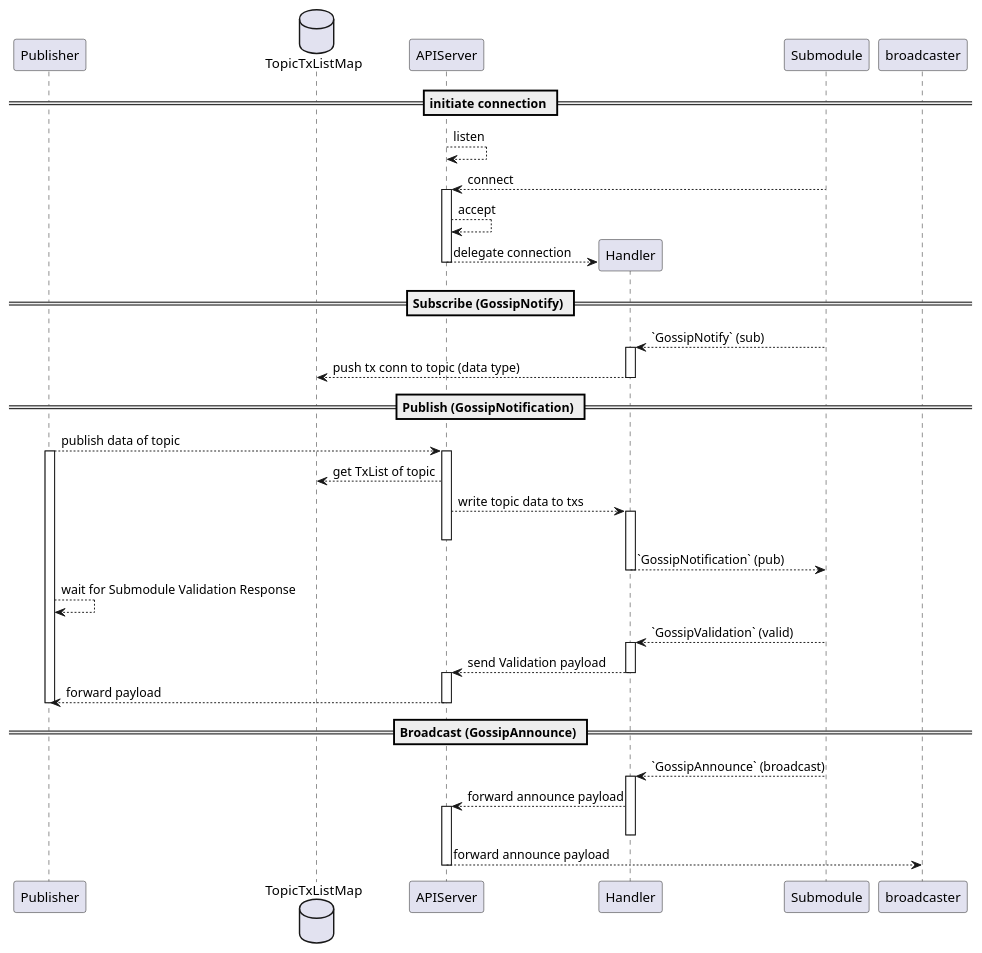
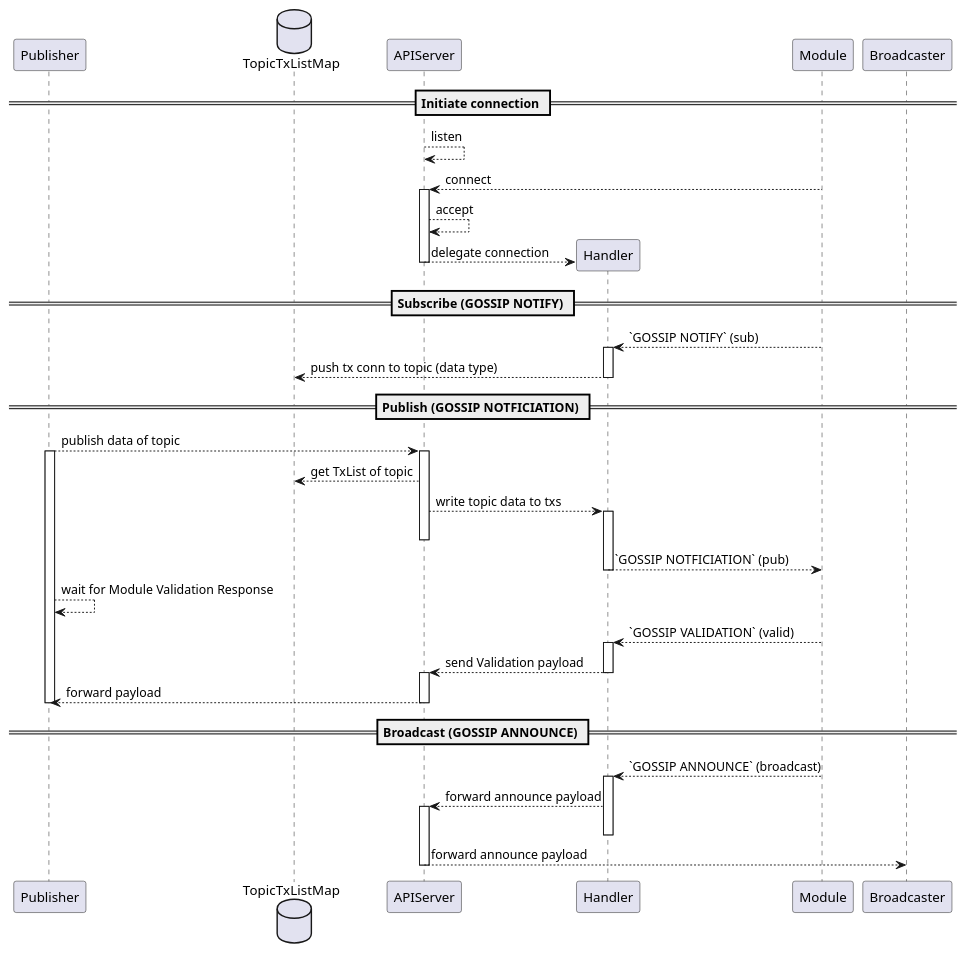
Before and after one commit to enterJazz/Gossip: the second of 2 diagrams in docs/architecture.md, drawn with PlantUML. The commit also changed other lines of this file, not shown here.

Commit message:
docs: update architecture

````diff
--- a/docs/architecture.md
+++ b/docs/architecture.md
@@ -72,56 +75,56 @@
 ```plantuml
 @startuml
 ' participants
 '' datatype : [Conn]
 participant Publisher as pub
 database TopicTxListMap as kv
 participant APIServer as api
 participant Handler as handler
-participant Submodule as sub
+participant Module as mod
 
 ' interactions (chronological)
-== initiate connection ==
+== Initiate connection ==
 api --> api: listen
-sub --> api: connect
+mod --> api: connect
 activate api
 api --> api: accept
 api --> handler **: delegate connection
 deactivate api
 
-== Subscribe (GossipNotify) ==
-sub --> handler: `GossipNotify` (sub)
+== Subscribe (GOSSIP NOTIFY) ==
+mod --> handler: `GOSSIP NOTIFY` (sub)
 activate handler
 handler --> kv: push tx conn to topic (data type)
 deactivate handler
 
-== Publish (GossipNotification) ==
+== Publish (GOSSIP NOTFICIATION) ==
 pub --> api: publish data of topic
 activate pub
 activate api
 api --> kv: get TxList of topic
 api --> handler: write topic data to txs
 activate handler
 deactivate api
-handler --> sub: `GossipNotification` (pub)
+handler --> mod: `GOSSIP NOTFICIATION` (pub)
 deactivate handler
-pub --> pub: wait for Submodule Validation Response
-sub --> handler: `GossipValidation` (valid)
+pub --> pub: wait for Module Validation Response
+mod --> handler: `GOSSIP VALIDATION` (valid)
 activate handler
 handler --> api: send Validation payload
 deactivate handler
 activate api
 api --> pub: forward payload
 deactivate api
 deactivate pub
 
-== Broadcast (GossipAnnounce) ==
-sub --> handler: `GossipAnnounce` (broadcast)
+== Broadcast (GOSSIP ANNOUNCE) ==
+mod --> handler: `GOSSIP ANNOUNCE` (broadcast)
 activate handler
 handler --> api: forward announce payload
 activate api
 deactivate handler
-api --> broadcaster: forward announce payload
+api --> Broadcaster: forward announce payload
 deactivate api
 
 @enduml
 ```
````
